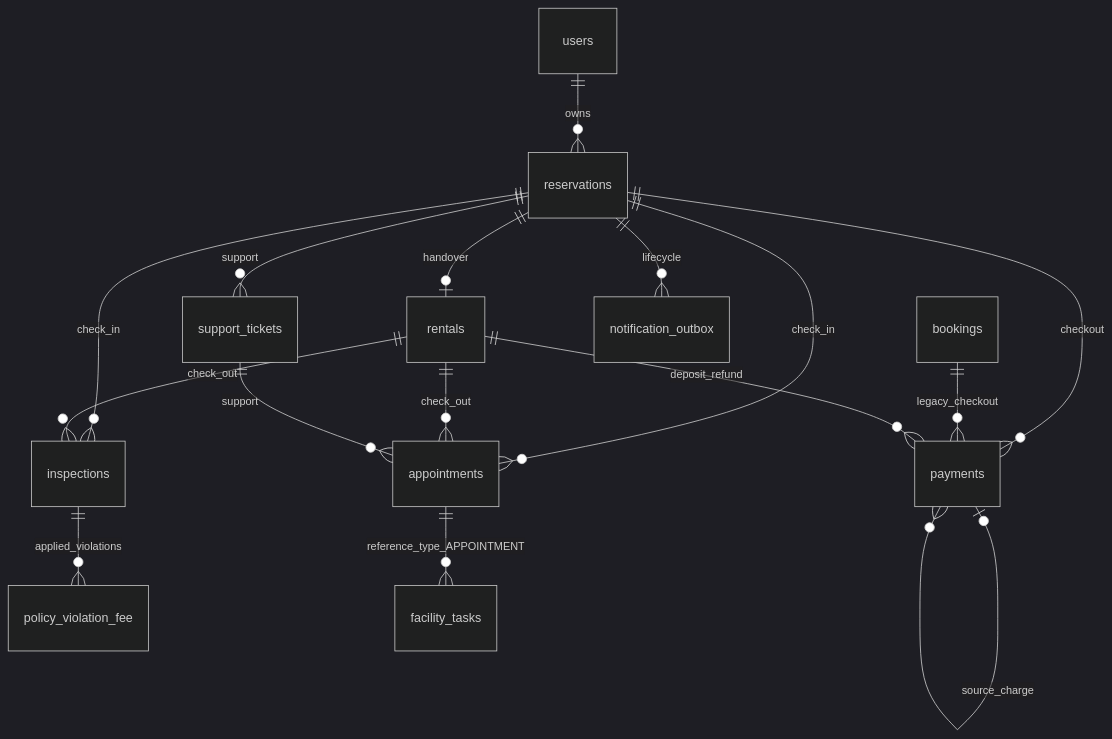
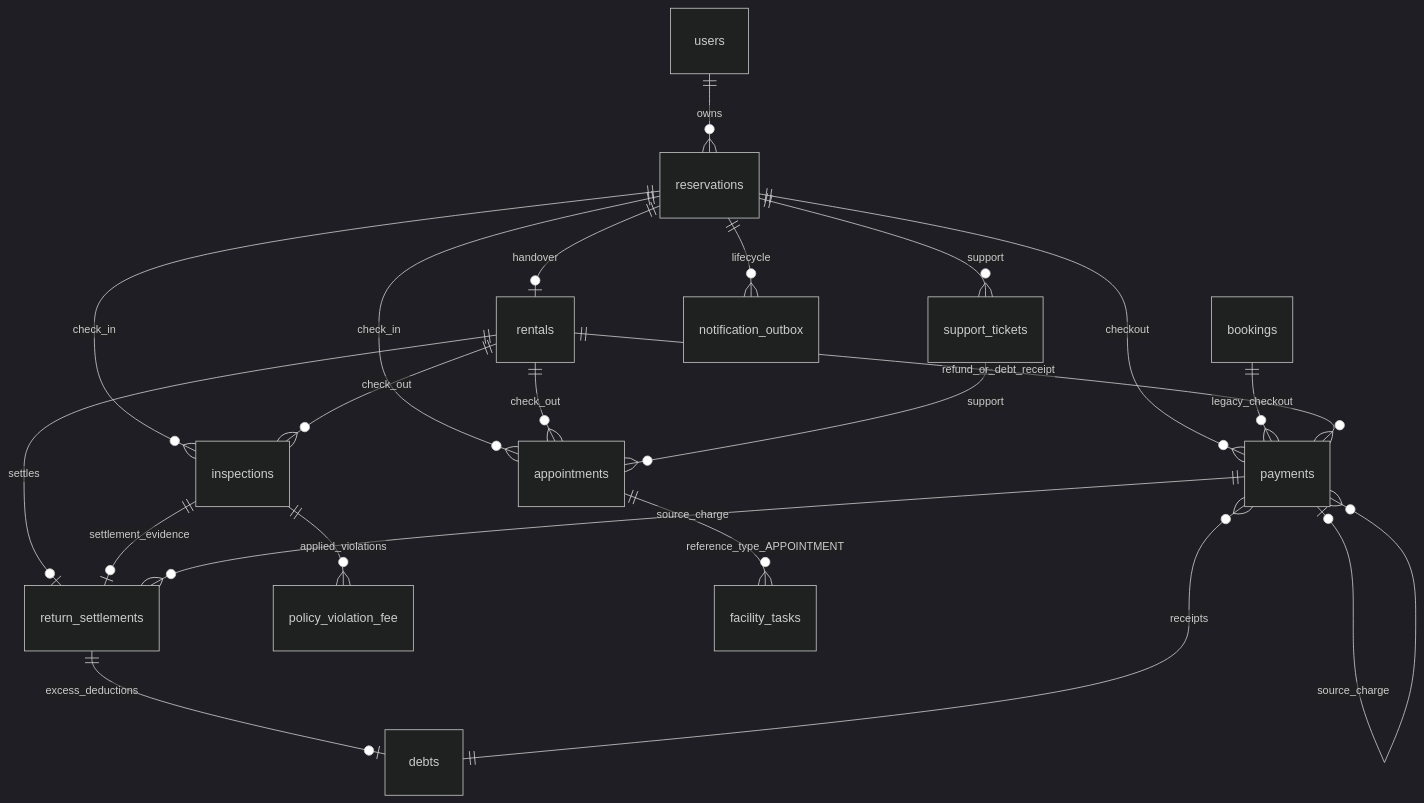
Before and after one commit to vlnguyen910/meta-storage: the first of 4 diagrams in docs/db-diagram.md, drawn with Mermaid (dark theme). The commit also changed other lines of this file and 11 other files, not shown here.

Commit message:
feat: add return settlement and debt persistence

````diff
--- a/docs/db-diagram.md
+++ b/docs/db-diagram.md
@@ -23,18 +25,23 @@
 ```mermaid
 erDiagram
   users ||--o{ reservations : owns
   reservations ||--o{ payments : checkout
   bookings ||--o{ payments : legacy_checkout
   reservations ||--o{ appointments : check_in
   reservations ||--o| rentals : handover
   reservations ||--o{ inspections : check_in
   reservations ||--o{ support_tickets : support
   reservations ||--o{ notification_outbox : lifecycle
   rentals ||--o{ appointments : check_out
-  rentals ||--o{ payments : deposit_refund
+  rentals ||--o{ payments : refund_or_debt_receipt
+  rentals ||--o| return_settlements : settles
+  inspections ||--o| return_settlements : settlement_evidence
+  payments ||--o{ return_settlements : source_charge
+  return_settlements ||--o| debts : excess_deductions
+  debts ||--o{ payments : receipts
   payments o|--o{ payments : source_charge
   inspections ||--o{ policy_violation_fee : applied_violations
   rentals ||--o{ inspections : check_out
   support_tickets ||--o{ appointments : support
   appointments ||--o{ facility_tasks : reference_type_APPOINTMENT
 ```
````
